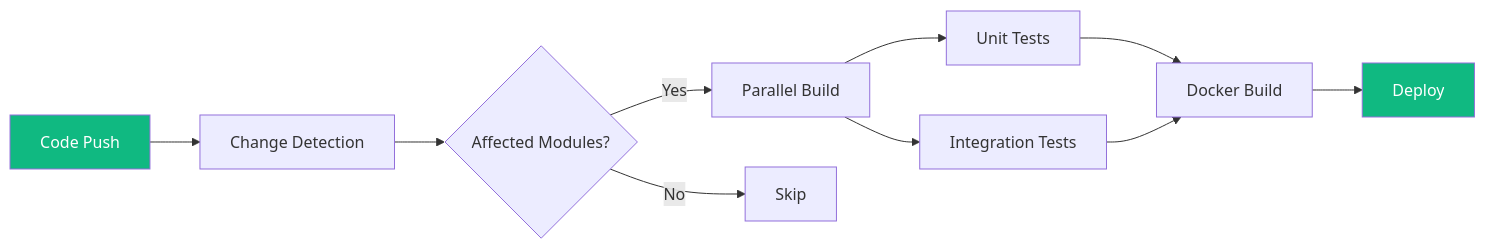
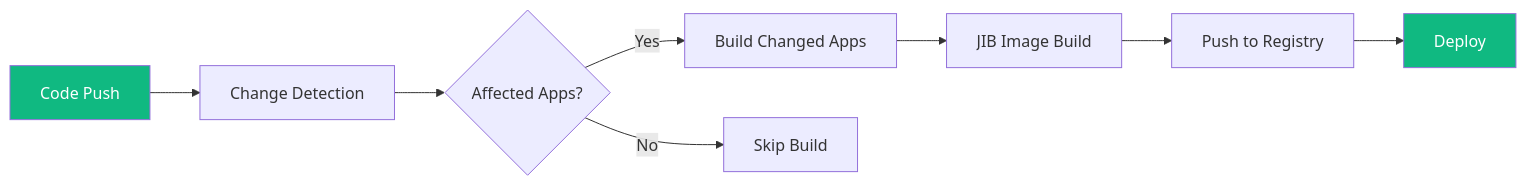
One commit to phatjam98/portfolio changed the diagram in src/content/case-studies/cicd-optimization.mdx. Above: the diagram before and after it, drawn with Mermaid. The commit also changed other lines of this file and 12 other files, not shown here.

````diff
--- a/src/content/case-studies/cicd-optimization.mdx
+++ b/src/content/case-studies/cicd-optimization.mdx
@@ -30,14 +30,12 @@
 ```mermaid
 graph LR
     A[Code Push] --> B[Change Detection]
-    B --> C{Affected Modules?}
-    C -->|Yes| D[Parallel Build]
-    C -->|No| E[Skip]
-    D --> F[Unit Tests]
-    D --> G[Integration Tests]
-    F --> H[Docker Build]
-    G --> H
-    H --> I[Deploy]
+    B --> C{Affected Apps?}
+    C -->|Yes| D[Build Changed Apps]
+    C -->|No| E[Skip Build]
+    D --> F[JIB Image Build]
+    F --> G[Push to Registry]
+    G --> H[Deploy]
     style A fill:#10b981,color:#fff
-    style I fill:#10b981,color:#fff
+    style H fill:#10b981,color:#fff
 ```
````
